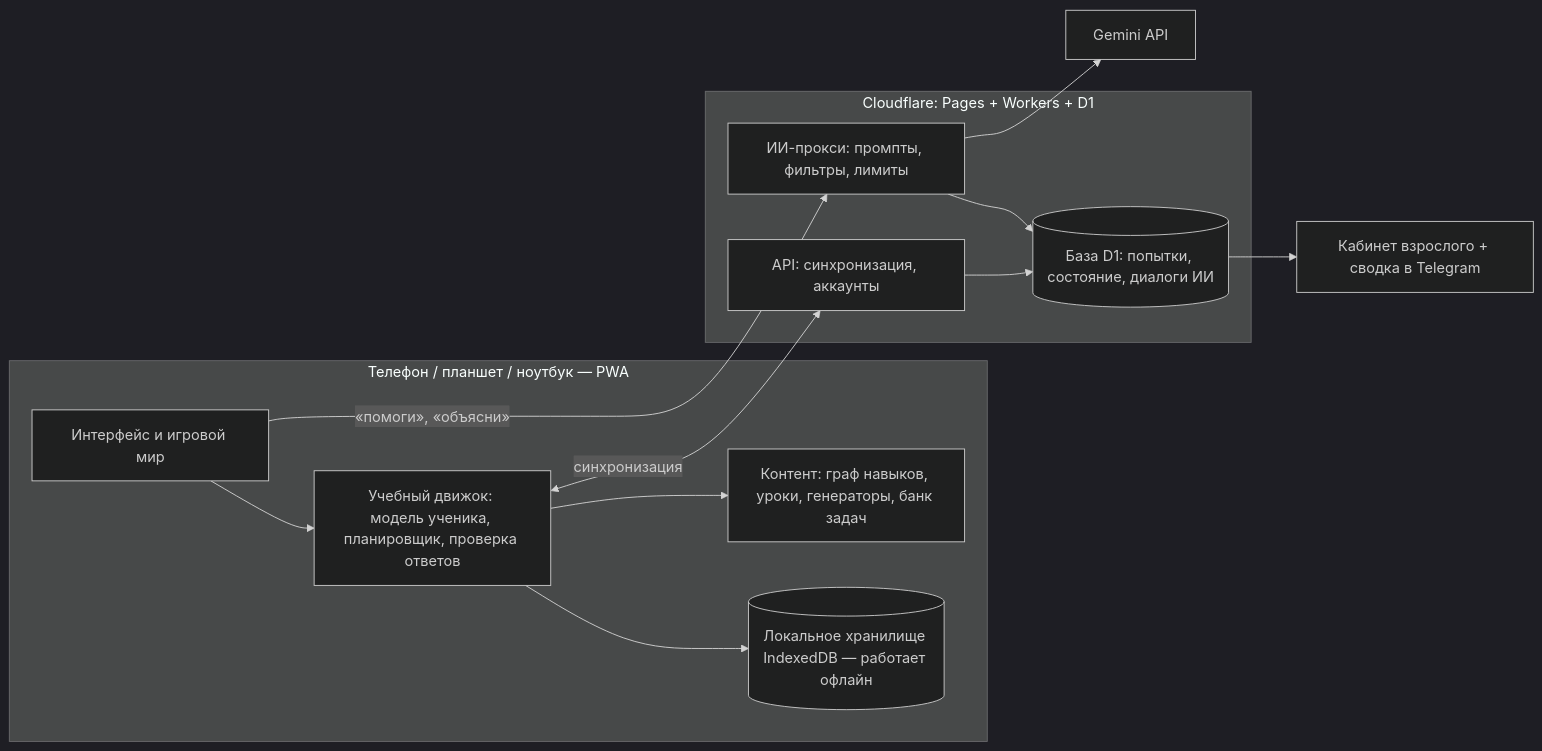
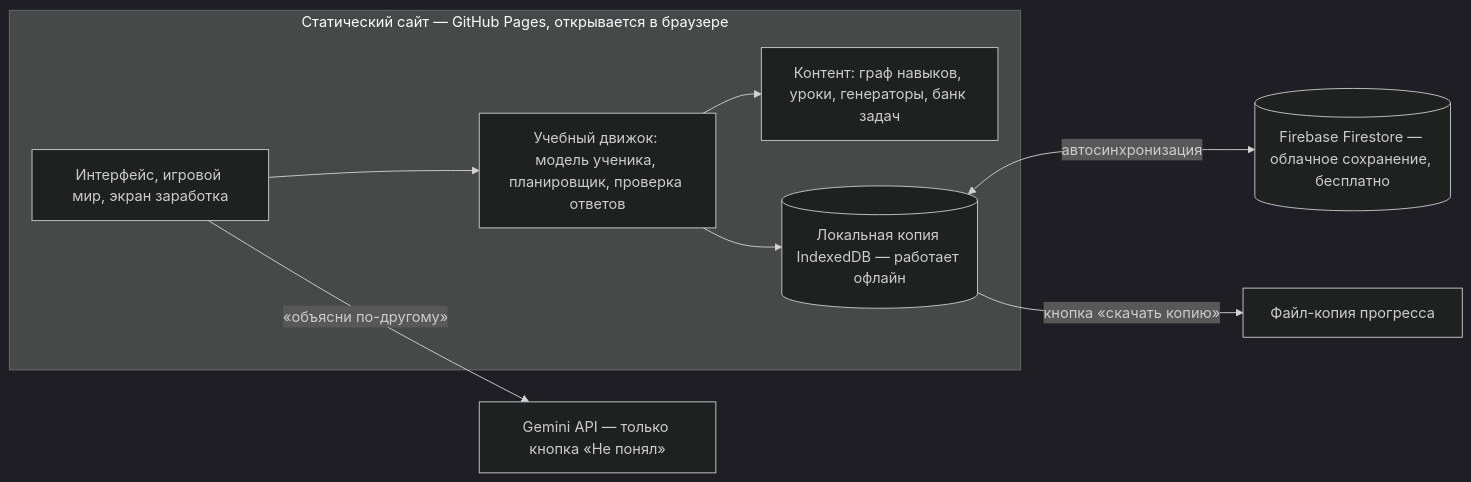
Before and after one commit to suulliish/prep: the diagram in docs/ARCHITECTURE.md, drawn with Mermaid (dark theme). The commit also changed other lines of this file, not shown here.

First line of the commit message:
Revise architecture: prepared content first, AI on demand, Firebase save, game-time earning

````diff
--- a/docs/ARCHITECTURE.md
+++ b/docs/ARCHITECTURE.md
@@ -33,23 +40,17 @@
 ```mermaid
 flowchart LR
-  subgraph Устройство ученика [Телефон / планшет / ноутбук — PWA]
-    UI[Интерфейс и игровой мир]
+  subgraph Сайт [Статический сайт — GitHub Pages, открывается в браузере]
+    UI[Интерфейс, игровой мир, экран заработка]
     ENG[Учебный движок: модель ученика, планировщик, проверка ответов]
-    LS[(Локальное хранилище IndexedDB — работает офлайн)]
     CNT[Контент: граф навыков, уроки, генераторы, банк задач]
+    LS[(Локальная копия IndexedDB — работает офлайн)]
     UI --> ENG --> LS
     ENG --> CNT
   end
-  subgraph Сервер [Cloudflare: Pages + Workers + D1]
-    API[API: синхронизация, аккаунты]
-    AIP[ИИ-прокси: промпты, фильтры, лимиты]
-    DB[(База D1: попытки, состояние, диалоги ИИ)]
-    API --> DB
-    AIP --> DB
-  end
-  GEM[Gemini API]
-  PAR[Кабинет взрослого + сводка в Telegram]
-  ENG <-- синхронизация --> API
-  UI -- «помоги», «объясни» --> AIP --> GEM
-  DB --> PAR
+  FB[(Firebase Firestore — облачное сохранение, бесплатно)]
+  GEM[Gemini API — только кнопка «Не понял»]
+  FILE[Файл-копия прогресса]
+  LS <-- автосинхронизация --> FB
+  UI -- «объясни по-другому» --> GEM
+  LS -- кнопка «скачать копию» --> FILE
 ```
````
